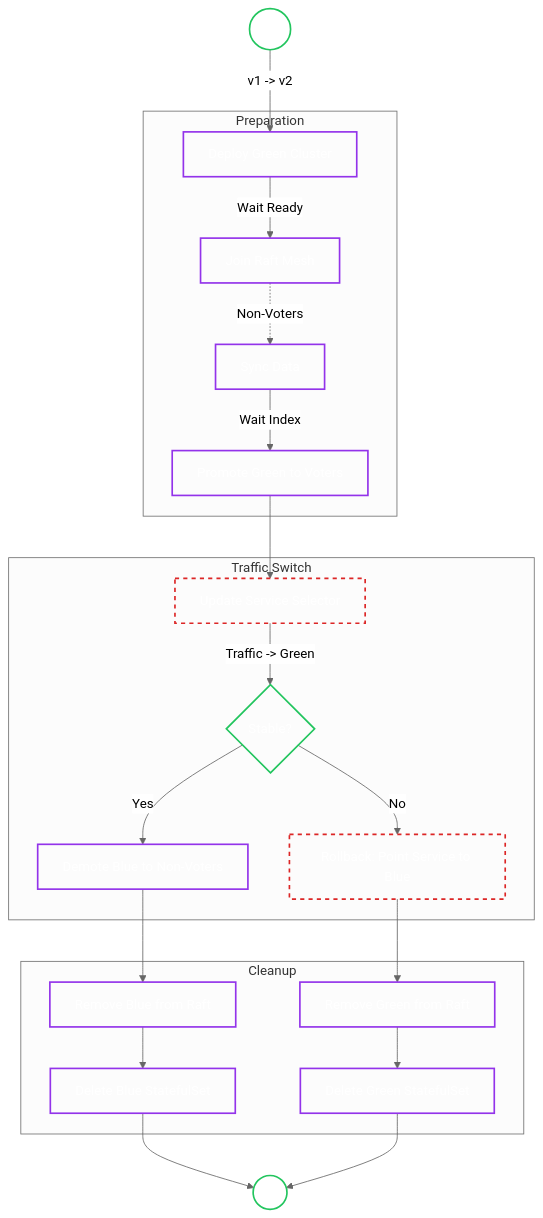
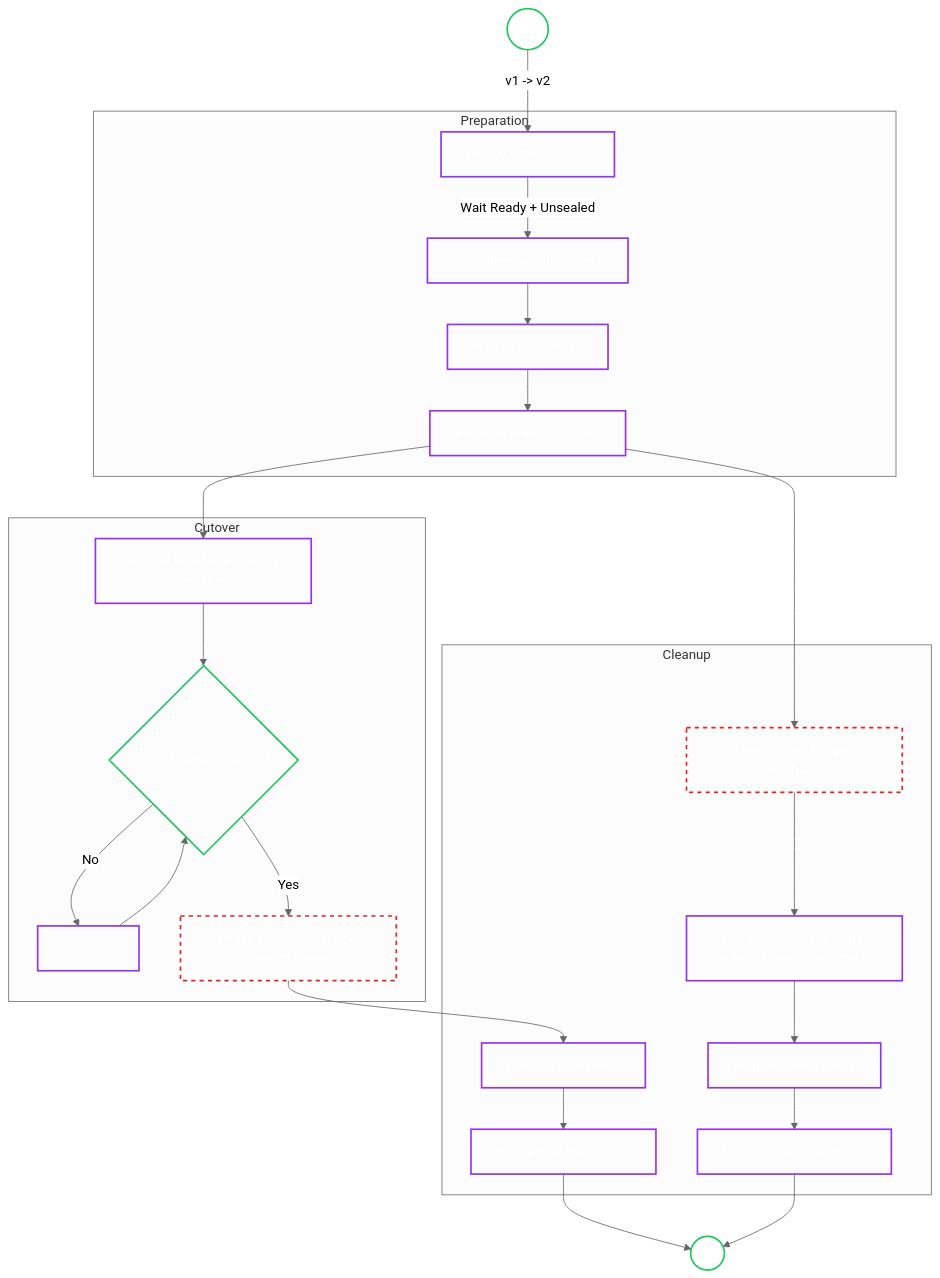
Before and after one commit to dc-tec/openbao-operator: the second of 2 diagrams in docs/architecture/upgrade-manager.md, drawn with Mermaid (neutral theme). The commit also changed other lines of this file and 1 other file, not shown here.

Commit message:
docs(docs): align bluegreen docs with deterministic state machine
Update architecture and user-guide upgrade docs to reflect current blue/green behavior:

- Explicit phase model and cutover timing (service switches during Cleanup).
- Promote/demote/remove sequence and rollback boundaries.
- Early abort vs late rollback semantics with auto-rollback.
- Gateway integration wording aligned with actual selector switchover behavior.

````diff
--- a/docs/architecture/upgrade-manager.md
+++ b/docs/architecture/upgrade-manager.md
@@ -62,36 +62,38 @@
     ```mermaid
     graph TD
         Start((Start)) -->|v1 -> v2| Deploy[Deploy Green Cluster]
         
         subgraph Preparation
-            Deploy -->|Wait Ready| Join[Join Raft Mesh]
-            Join -.->|Non-Voters| Sync[Sync Data]
-            Sync -->|Wait Index| Promote[Promote Green to Voters]
+            Deploy -->|Wait Ready + Unsealed| Join[Join Green as Non-Voters]
+            Join --> Sync[Wait Green Synced]
+            Sync --> Promote[Promote Green to Voters]
         end
 
-        subgraph Critical_Section [Traffic Switch]
-            Promote --> Switch[Update Service Selector]
-            Switch -->|Traffic -> Green| Stabilization{Stable?}
-            
-            Stabilization -- No --> Rollback[Rollback: Point Service to Blue]
-            Stabilization -- Yes --> Demote[Demote Blue to Non-Voters]
+        subgraph Cutover
+            Promote --> Demote[Demote Blue Non-Voters + Step-Down]
+            Demote --> LeaderCheck{Green Leader Observed?}
+            LeaderCheck -- No --> Wait[Requeue]
+            Wait --> LeaderCheck
+            LeaderCheck -- Yes --> Switch[Phase Cleanup: Service Selects Green]
         end
 
         subgraph Cleanup
-            Demote --> Remove[Remove Blue from Raft]
+            Switch --> Remove[Remove Blue Peers]
             Remove --> Delete[Delete Blue StatefulSet]
-            Rollback --> RemoveGreen[Remove Green from Raft]
+            Promote --> Rollback[Late Failure: Trigger Rollback]
+            Rollback --> Repair["Repair Consensus (Blue Voters, Green Non-Voters)"]
+            Repair --> RemoveGreen[Remove Green Peers]
             RemoveGreen --> DeleteGreen[Delete Green StatefulSet]
         end
 
         Delete --> Done((Idle))
         DeleteGreen --> Done
 
         classDef process fill:transparent,stroke:#9333ea,stroke-width:2px,color:#fff;
         classDef critical fill:transparent,stroke:#dc2626,stroke-width:2px,stroke-dasharray: 5 5,color:#fff;
         classDef write fill:transparent,stroke:#22c55e,stroke-width:2px,color:#fff;
         
-        class Deploy,Join,Sync,Promote,Demote,Remove,Delete,RemoveGreen,DeleteGreen process;
+        class Deploy,Join,Sync,Promote,Demote,Wait,Remove,Delete,Repair,RemoveGreen,DeleteGreen process;
         class Switch,Rollback critical;
-        class Start,Done,Stabilization write;
+        class Start,Done,LeaderCheck write;
     ```
````
